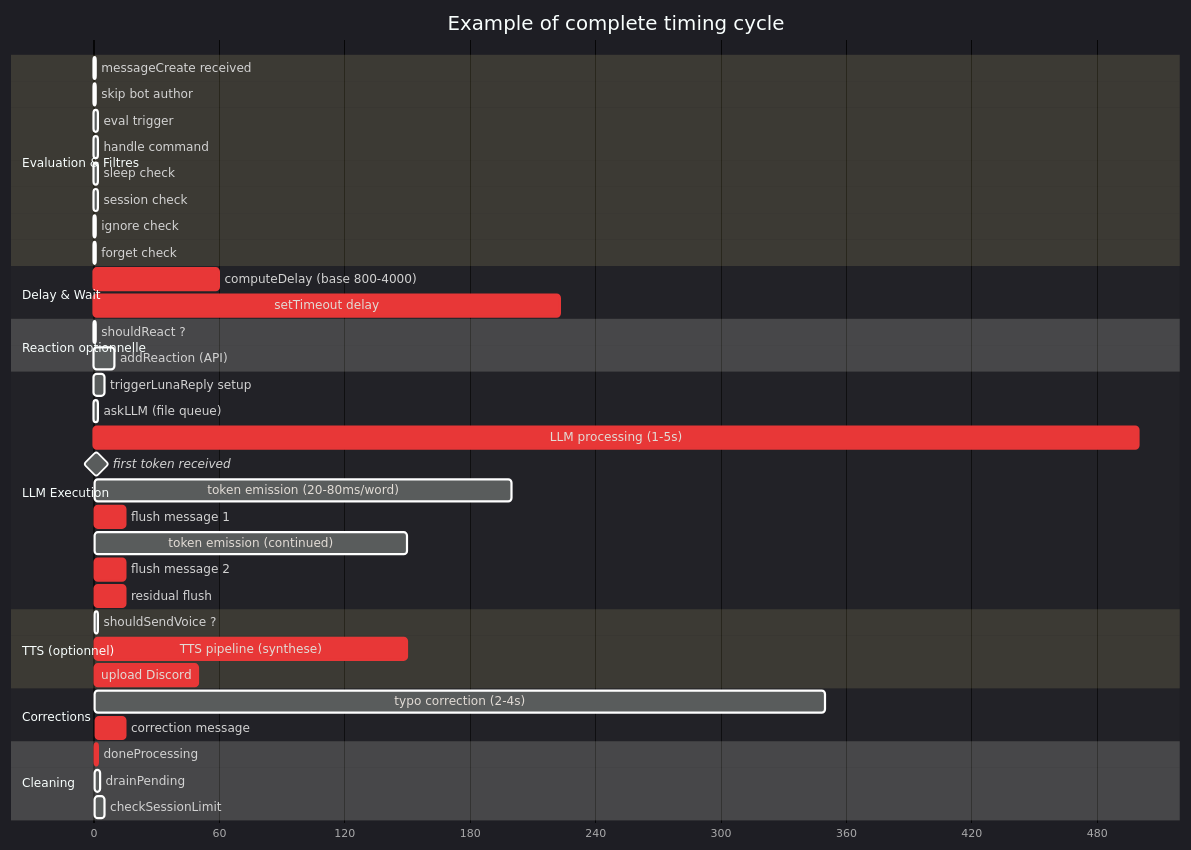
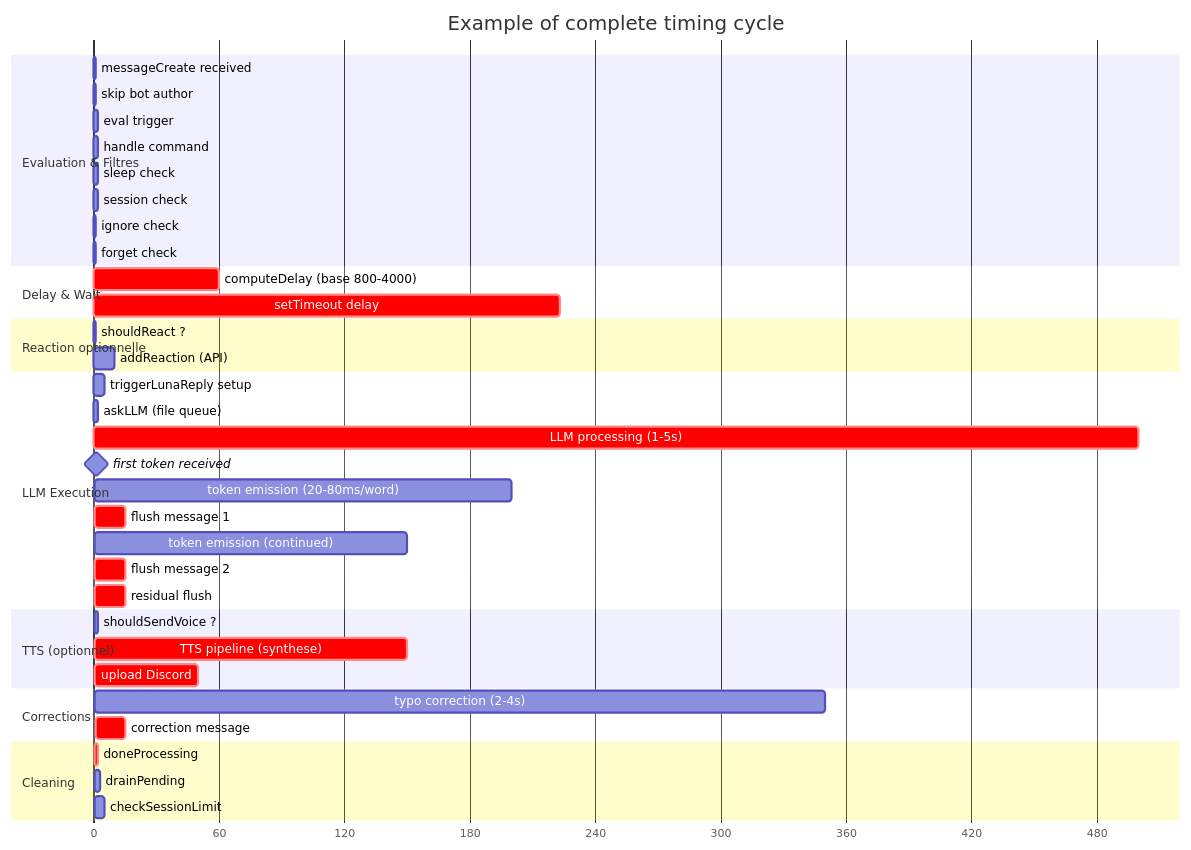
One commit to protocol-luna/krystal changed the diagram in state-machines/21-timing-gantt.mmd. Above: the diagram before and after it, drawn with Mermaid. The commit also changed 72 other files, not shown here.

```diff
--- a/state-machines/21-timing-gantt.mmd
+++ b/state-machines/21-timing-gantt.mmd
@@ -1,48 +1,47 @@
-%%{init: {"theme":"dark"}}%%
 gantt
     title Example of complete timing cycle
     dateFormat  X
     axisFormat %s
 
     section Evaluation & Filtres
     messageCreate received      :0, 1
     skip bot author              :0, 1
     eval trigger                 :1, 2
     handle command               :2, 2
     sleep check                  :2, 2
     session check                :2, 2
     ignore check                 :2, 1
     forget check                 :2, 1
 
     section Delay & Wait
     computeDelay (base 800-4000) :crit, 3, 60
     setTimeout delay             :crit, 63, 223
 
     section Reaction optionnelle
     shouldReact ?                :63, 1
     addReaction (API)            :64, 10
 
     section LLM Execution
     triggerLunaReply setup       :63, 5
     askLLM (file queue)          :68, 2
     LLM processing (1-5s)        :crit, 70, 500
     first token received         :milestone, 570, 2
     token emission (20-80ms/word) :570, 200
     flush message 1              :crit, 600, 15
     token emission (continued)  :615, 150
     flush message 2              :crit, 750, 15
     residual flush               :crit, 765, 15
 
     section TTS (optionnel)
     shouldSendVoice ?            :570, 2
     TTS pipeline (synthese)      :crit, 572, 150
     upload Discord               :crit, 722, 50
 
     section Corrections
     typo correction (2-4s)       :770, 350
     correction message           :crit, 1120, 15
 
     section Cleaning
     doneProcessing               :crit, 765, 2
     drainPending                 :767, 3
     checkSessionLimit            :770, 5
```
